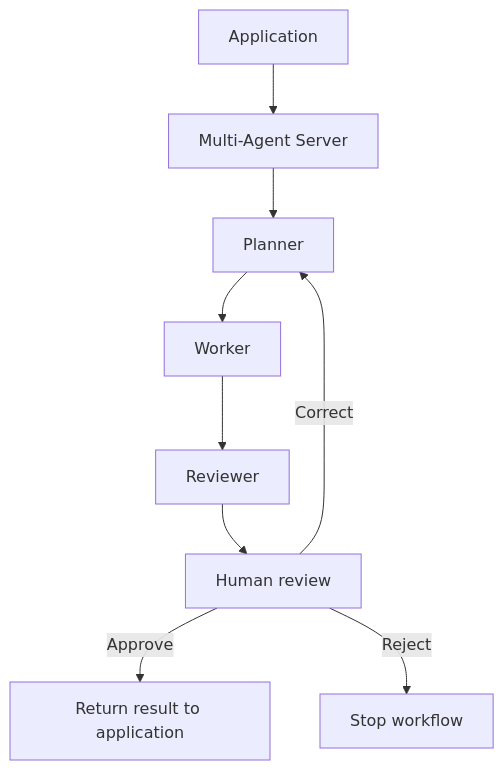
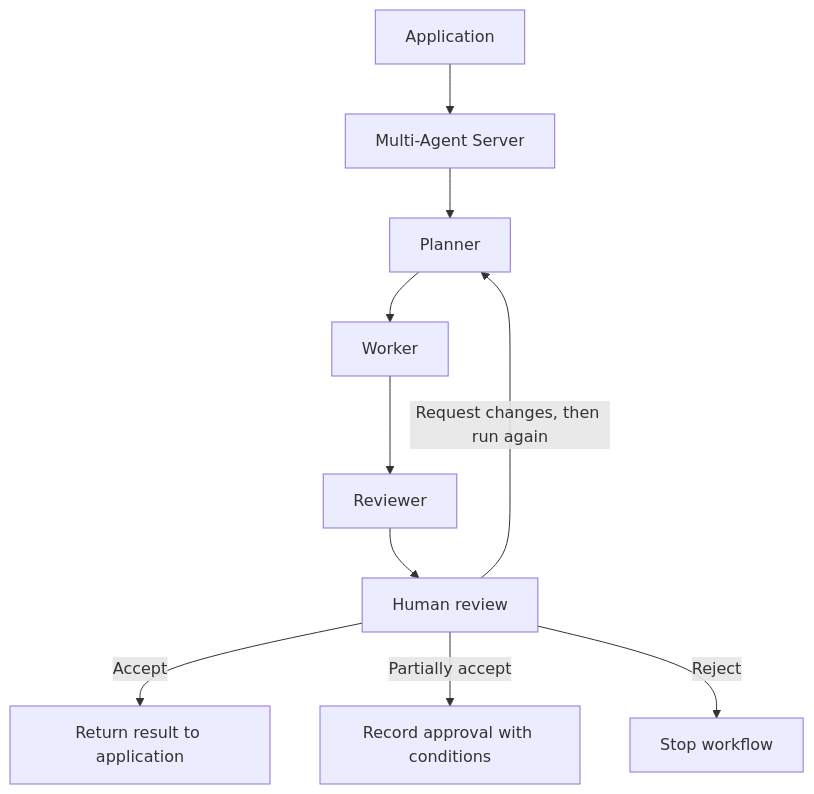
The diagram in ai-services/multi-agent-server/README.md (Bageutter/Plant-Management-System), drawn with Mermaid before and after one commit. The commit also changed other lines of this file and 5 other files, not shown here.

````diff
--- a/ai-services/multi-agent-server/README.md
+++ b/ai-services/multi-agent-server/README.md
@@ -9,11 +9,12 @@
 ```mermaid
 flowchart TD
     App[Application] --> Server[Multi-Agent Server]
     Server --> Planner[Planner]
     Planner --> Worker[Worker]
     Worker --> Reviewer[Reviewer]
     Reviewer --> Human[Human review]
-    Human -->|Approve| Result[Return result to application]
-    Human -->|Correct| Planner
+    Human -->|Accept| Result[Return result to application]
+    Human -->|Partially accept| Partial[Record approval with conditions]
+    Human -->|Request changes, then run again| Planner
     Human -->|Reject| Stop[Stop workflow]
 ```
````
